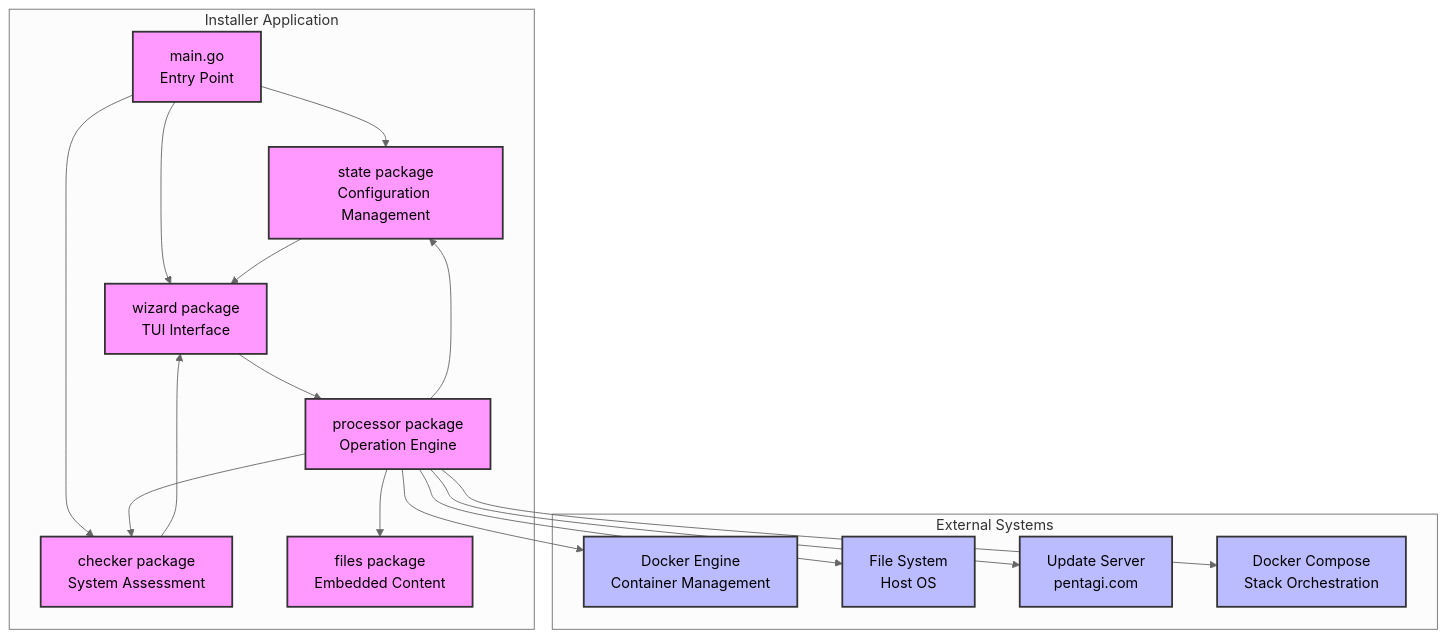
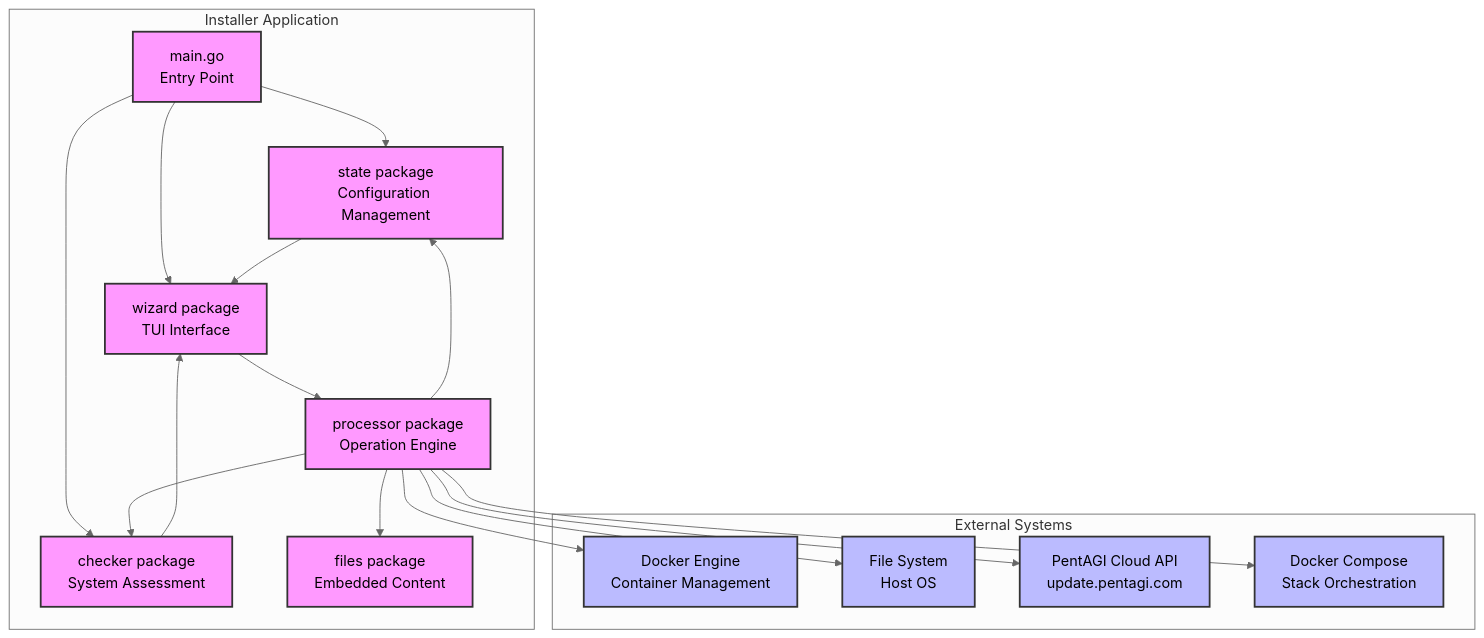
Before and after one commit to vxcontrol/pentagi: the first of 2 diagrams in backend/docs/installer/processor.md, drawn with Mermaid (neutral theme). The commit also changed other lines of this file and 60 other files, not shown here.

Commit message:
feat(cloud): enhance VXControl Cloud API usage and add PentAGI version checks

````diff
--- a/backend/docs/installer/processor.md
+++ b/backend/docs/installer/processor.md
@@ -9,38 +9,38 @@
 ```mermaid
 graph TB
     subgraph "Installer Application"
         Main[main.go<br/>Entry Point]
         State[state package<br/>Configuration Management]
         Checker[checker package<br/>System Assessment]
         Files[files package<br/>Embedded Content]
         Wizard[wizard package<br/>TUI Interface]
         Processor[processor package<br/>Operation Engine]
     end
 
     subgraph "External Systems"
         Docker[Docker Engine<br/>Container Management]
         FS[File System<br/>Host OS]
-        UpdateServer[Update Server<br/>pentagi.com]
+        UpdateServer[PentAGI Cloud API<br/>update.pentagi.com]
         Compose[Docker Compose<br/>Stack Orchestration]
     end
 
     Main --> State
     Main --> Checker
     Main --> Wizard
     State --> Wizard
     Checker --> Wizard
     Wizard --> Processor
     Processor --> State
     Processor --> Checker
     Processor --> Files
     Processor --> Docker
     Processor --> FS
     Processor --> UpdateServer
     Processor --> Compose
 
     classDef core fill:#f9f,stroke:#333,stroke-width:2px
     classDef external fill:#bbf,stroke:#333,stroke-width:2px
 
     class Main,State,Checker,Files,Wizard,Processor core
     class Docker,FS,UpdateServer,Compose external
 ```
````
